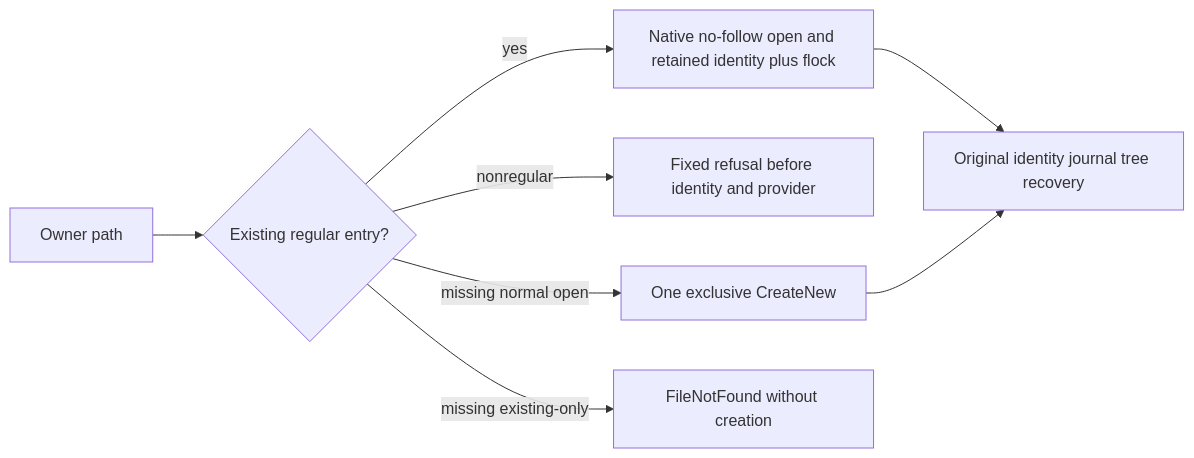
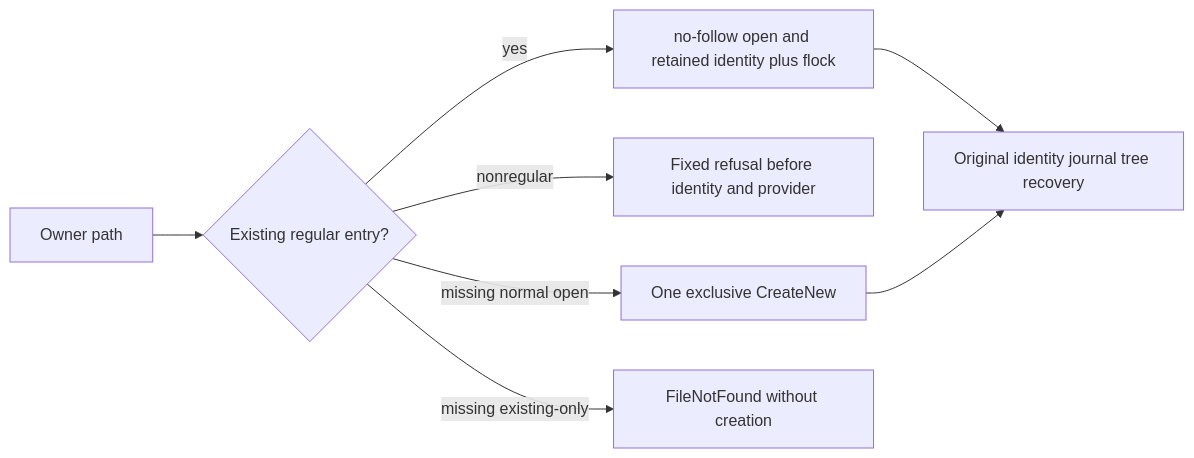
One commit to managedcode/KeyLoad changed the diagram in docs/Features/StorageRecovery/OwnerLockRegularFile.md. Above: the diagram before and after it, drawn with Mermaid. The commit also changed other lines of this file and 9016 other files, not shown here.

````diff
--- a/docs/Features/StorageRecovery/OwnerLockRegularFile.md
+++ b/docs/Features/StorageRecovery/OwnerLockRegularFile.md
@@ -15,10 +15,10 @@
 ```mermaid
 flowchart LR
  A[Owner path] --> B{Existing regular entry?}
- B -->|yes| C[Native no-follow open and retained identity plus flock]
+ B -->|yes| C[no-follow open and retained identity plus flock]
  B -->|nonregular| D[Fixed refusal before identity and provider]
  B -->|missing normal open| E[One exclusive CreateNew]
  B -->|missing existing-only| F[FileNotFound without creation]
  C --> G[Original identity journal tree recovery]
  E --> G
 ```
````
